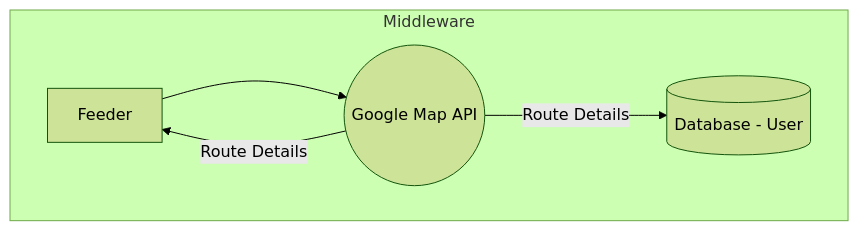
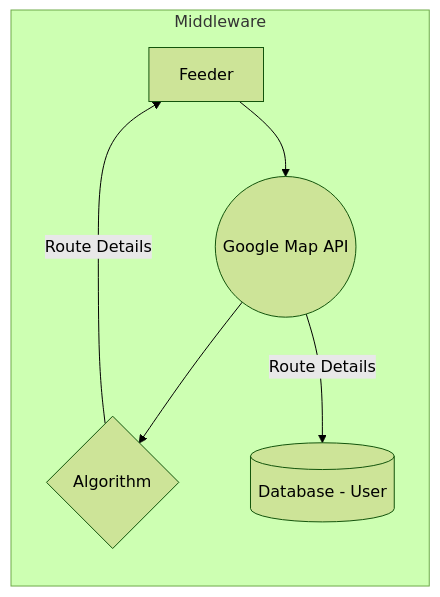
Before and after one commit to Jaivignesh-afk/example: the second of 3 diagrams in Design.md, drawn with Mermaid (forest theme). The commit also changed other lines of this file, not shown here.

Commit message:
Design.md updated from https://stackedit.io/

````diff
--- a/Design.md
+++ b/Design.md
@@ -12,8 +12,9 @@
 ```mermaid
-flowchart TD
+flowchart LR
 subgraph Middleware
 A[Feeder] --> B((Google Map API))
+B --> D{Algorithm}
 B -- Route Details --> C[(Database - User)]
-B -- Route Details --> A 
+D -- Route Details --> A 
 end
 ```
````
